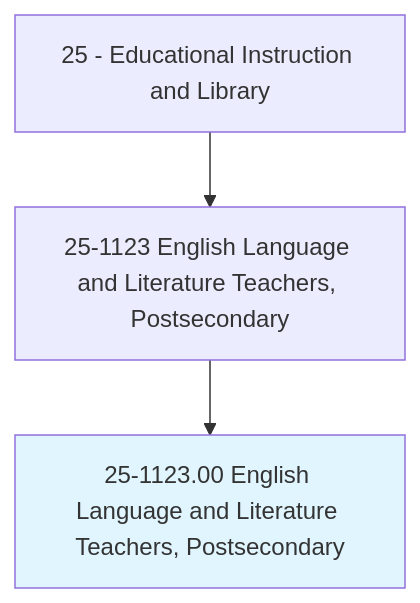
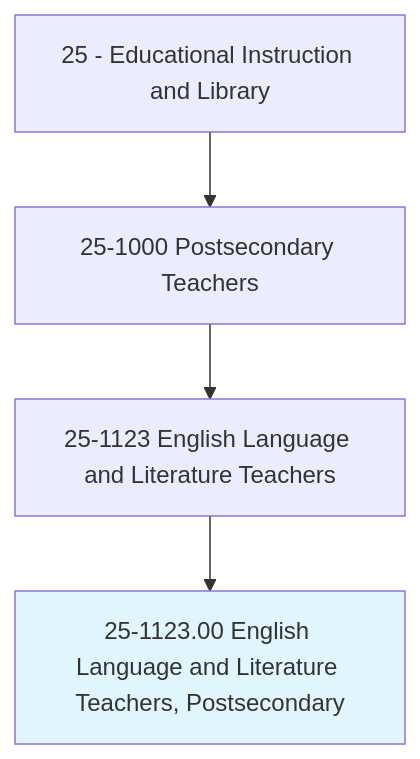
Before and after one commit to kziemski/business.org.ai: the first of 4 diagrams in occupations/Education/EnglishLanguageAndLiteratureTeachersPostsecondary.mdx, drawn with Mermaid. The commit also changed other lines of this file and 938 other files, not shown here.

````diff
--- a/occupations/Education/EnglishLanguageAndLiteratureTeachersPostsecondary.mdx
+++ b/occupations/Education/EnglishLanguageAndLiteratureTeachersPostsecondary.mdx
@@ -19,6 +23,7 @@
 ```mermaid
 graph TD
-    Cat25["25 - Educational Instruction and Library"] --> Group251123["25-1123 English Language and Literature Teachers, Postsecondary"]
+    Cat25["25 - Educational Instruction and Library"] --> Group251["25-1000 Postsecondary Teachers"]
+    Group251 --> Group251123["25-1123 English Language and Literature Teachers"]
     Group251123 --> Current["25-1123.00 English Language and Literature Teachers, Postsecondary"]
     style Current fill:#e1f5fe
 ```
````
